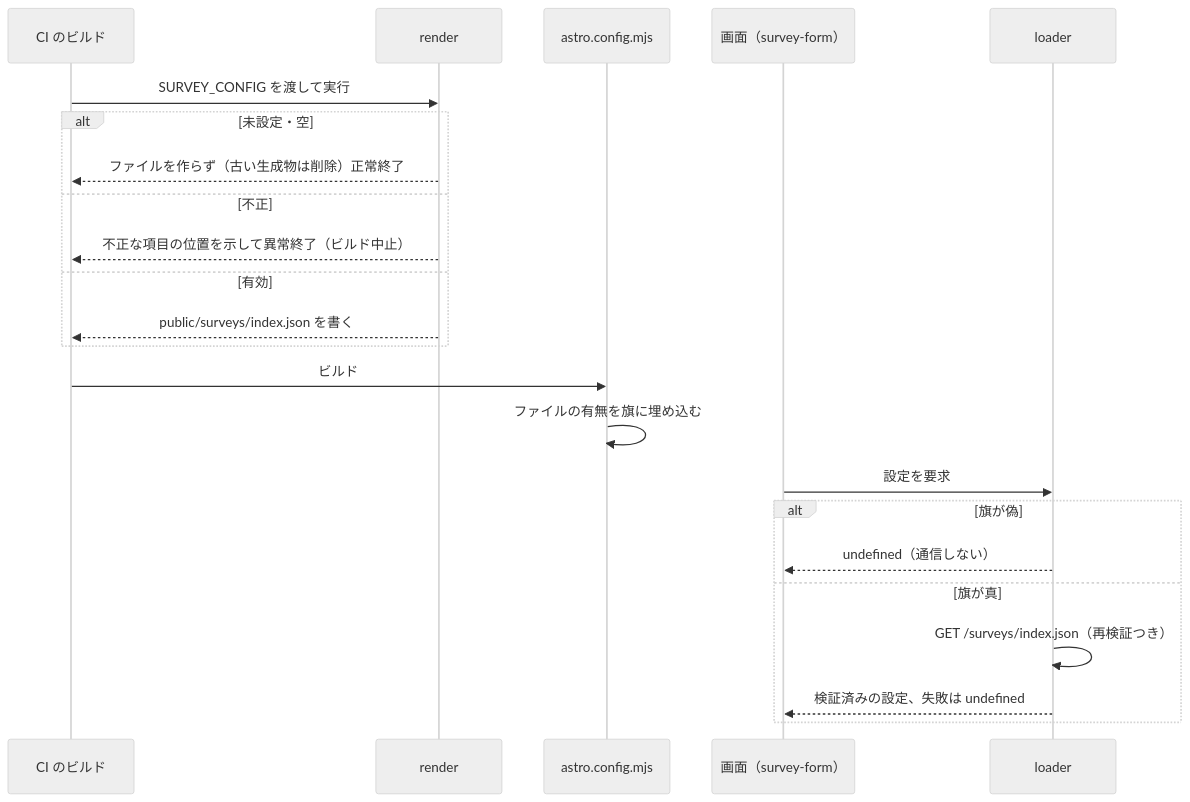
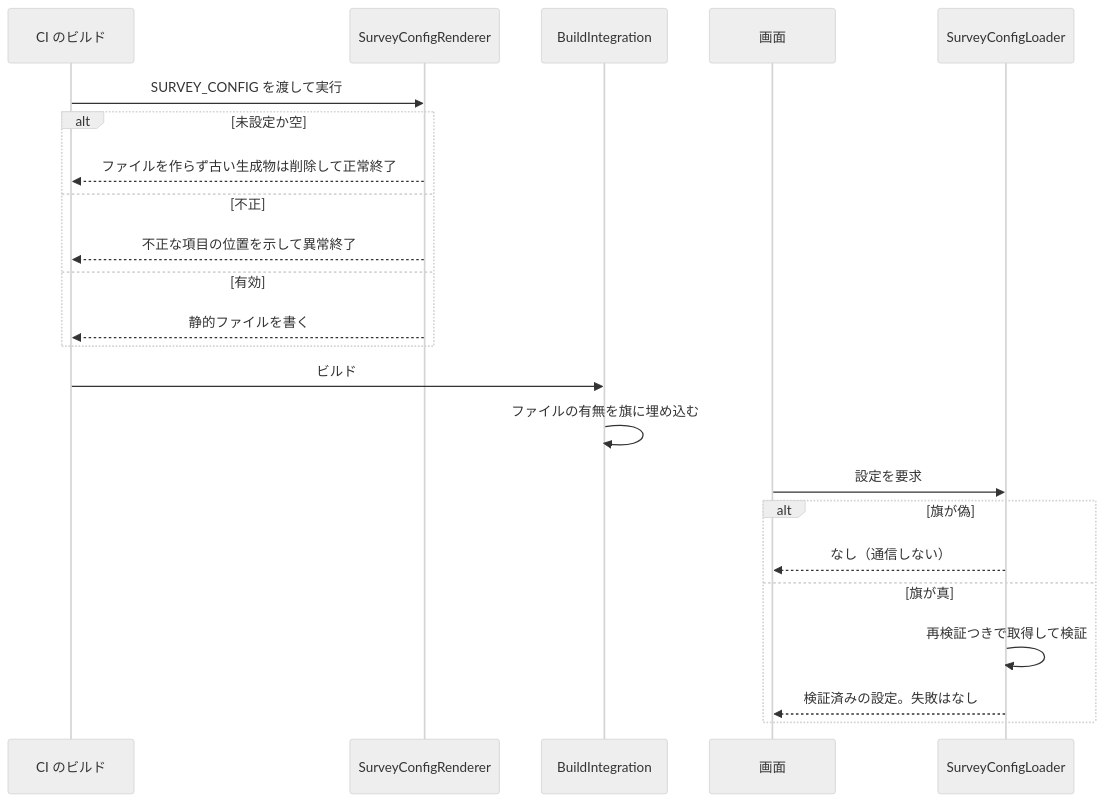
One commit to nekono-dev/skyshare changed the second of 2 diagrams in .kiro/specs/survey-definition/design.md. Above: the diagram before and after it, drawn with Mermaid (neutral theme). The commit also changed other lines of this file and 10 other files, not shown here.

Commit message:
survey 系の roadmap と brief を追加し、survey-definition を cc-sdd のルールで作り直す

````diff
--- a/.kiro/specs/survey-definition/design.md
+++ b/.kiro/specs/survey-definition/design.md
@@ -124,25 +123,25 @@
 ```mermaid
 sequenceDiagram
   participant ci as CI のビルド
-  participant render
-  participant astro as astro.config.mjs
-  participant client as 画面（survey-form）
-  participant loader
-  ci->>render: SURVEY_CONFIG を渡して実行
-  alt 未設定・空
-    render-->>ci: ファイルを作らず（古い生成物は削除）正常終了
+  participant Renderer as SurveyConfigRenderer
+  participant astro as BuildIntegration
+  participant client as 画面
+  participant Loader as SurveyConfigLoader
+  ci->>Renderer: SURVEY_CONFIG を渡して実行
+  alt 未設定か空
+    Renderer-->>ci: ファイルを作らず古い生成物は削除して正常終了
   else 不正
-    render-->>ci: 不正な項目の位置を示して異常終了（ビルド中止）
+    Renderer-->>ci: 不正な項目の位置を示して異常終了
   else 有効
-    render-->>ci: public/surveys/index.json を書く
+    Renderer-->>ci: 静的ファイルを書く
   end
   ci->>astro: ビルド
   astro->>astro: ファイルの有無を旗に埋め込む
-  client->>loader: 設定を要求
+  client->>Loader: 設定を要求
   alt 旗が偽
-    loader-->>client: undefined（通信しない）
+    Loader-->>client: なし（通信しない）
   else 旗が真
-    loader->>loader: GET /surveys/index.json（再検証つき）
-    loader-->>client: 検証済みの設定、失敗は undefined
+    Loader->>Loader: 再検証つきで取得して検証
+    Loader-->>client: 検証済みの設定。失敗はなし
   end
 ```
````
